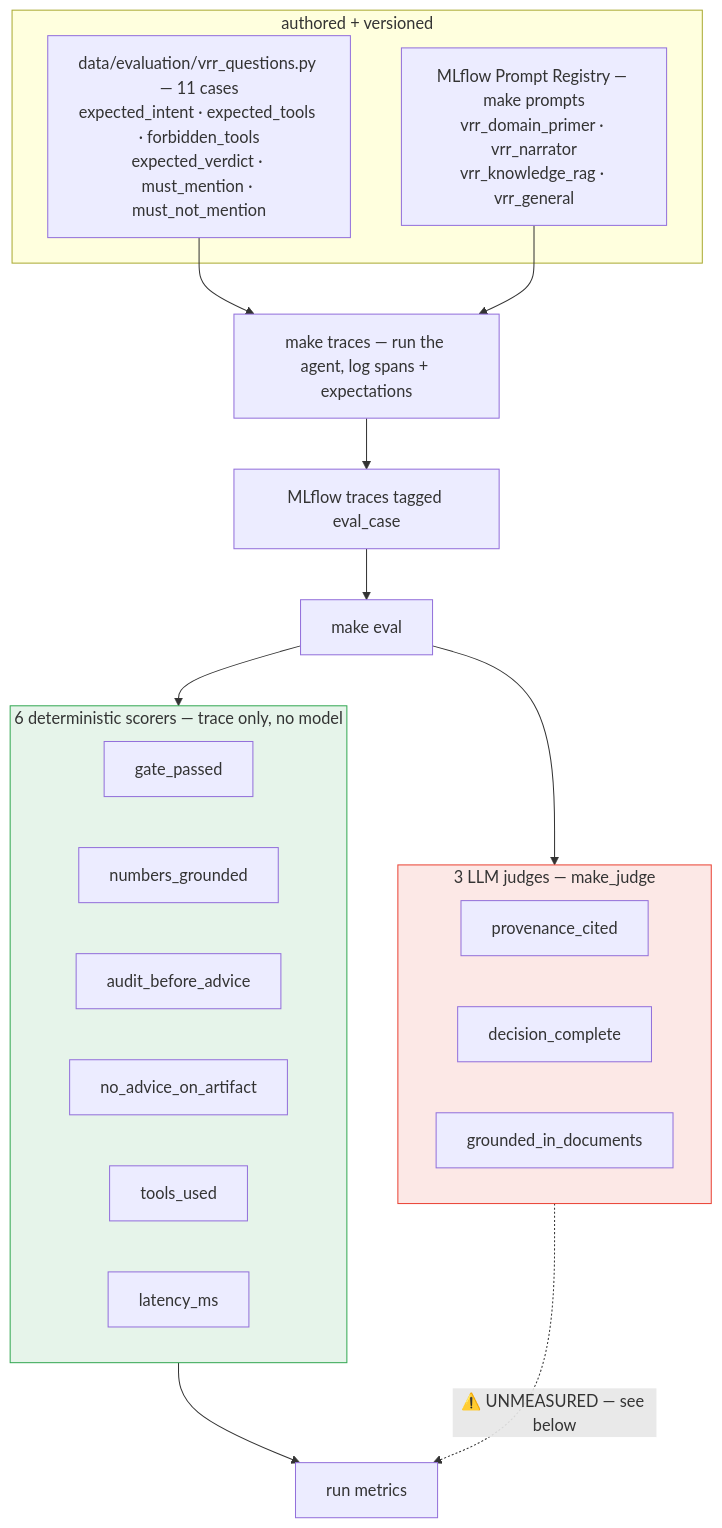
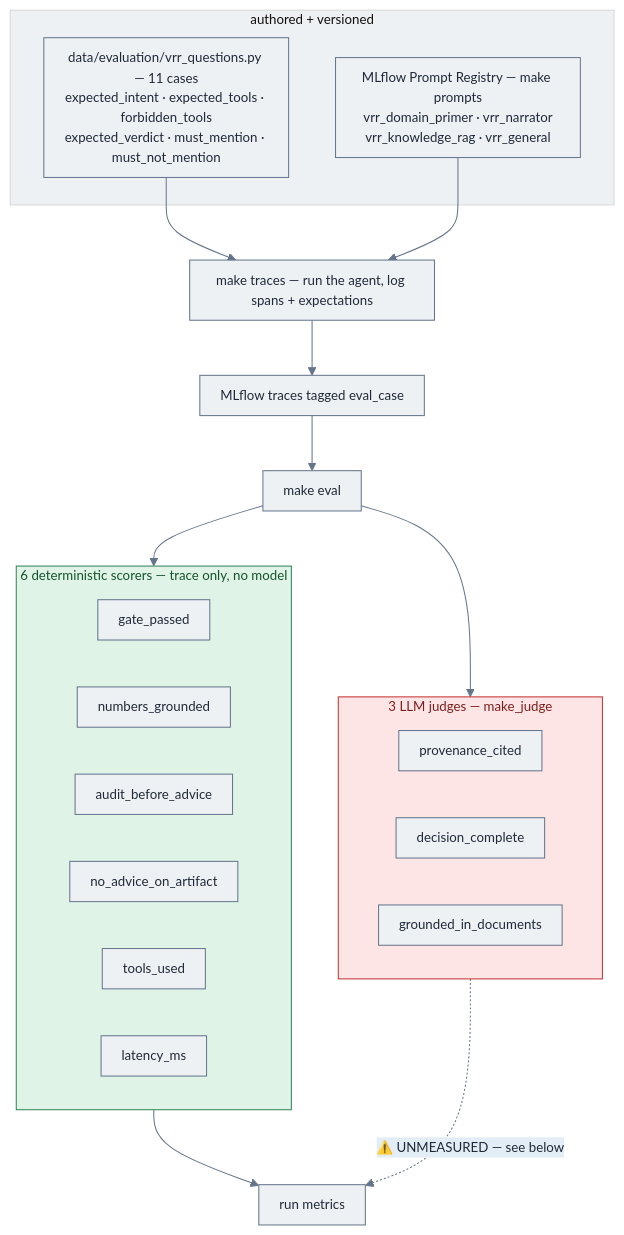
Diagram 14 of 19 in README.md (vamshi455/vrr-agent-open), drawn with Mermaid before and after one commit. The commit also changed other lines of this file and 2 other files, not shown here.

````diff
--- a/README.md
+++ b/README.md
@@ -679,32 +745,35 @@
 ```mermaid
+%%{init: {'theme':'base','themeVariables':{'fontFamily':'ui-sans-serif, system-ui, -apple-system, sans-serif','fontSize':'13px','lineColor':'#64748b','primaryColor':'#eef1f4','primaryTextColor':'#1f2937','primaryBorderColor':'#64748b','secondaryColor':'#e3edf6','tertiaryColor':'#eef1f4'},'flowchart':{'htmlLabels':true,'padding':10,'nodeSpacing':46,'rankSpacing':54,'curve':'basis','useMaxWidth':true},'sequence':{'useMaxWidth':true,'boxMargin':8}}}%%
 flowchart TB
     subgraph AUTHOR["authored + versioned"]
         PR["MLflow Prompt Registry — make prompts<br/>vrr_domain_primer · vrr_narrator<br/>vrr_knowledge_rag · vrr_general"]
         QS["data/evaluation/vrr_questions.py — 11 cases<br/>expected_intent · expected_tools · forbidden_tools<br/>expected_verdict · must_mention · must_not_mention"]
     end
     QS --> RUN["make traces — run the agent, log spans + expectations"]
     PR --> RUN
     RUN --> TR["MLflow traces tagged eval_case"]
     TR --> SC["make eval"]
 
     subgraph DET2["6 deterministic scorers — trace only, no model"]
         D1["gate_passed"]
         D2["numbers_grounded"]
         D3["audit_before_advice"]
         D4["no_advice_on_artifact"]
         D5["tools_used"]
         D6["latency_ms"]
     end
     subgraph JUD["3 LLM judges — make_judge"]
         J1["provenance_cited"]
         J2["decision_complete"]
         J3["grounded_in_documents"]
     end
     SC --> DET2
     SC --> JUD
     DET2 --> REPORT["run metrics"]
     JUD -.->|"⚠️ UNMEASURED — see below"| REPORT
 
-    style DET2 fill:#e6f4ea,stroke:#34a853
-    style JUD fill:#fce8e6,stroke:#ea4335
+    classDef ok fill:#dff3e6,stroke:#2f855a,stroke-width:1px,color:#14532d;
+    classDef bad fill:#fde5e5,stroke:#c53030,stroke-width:1px,color:#7f1d1d;
+    class DET2 ok;
+    class JUD bad;
 ```
````
